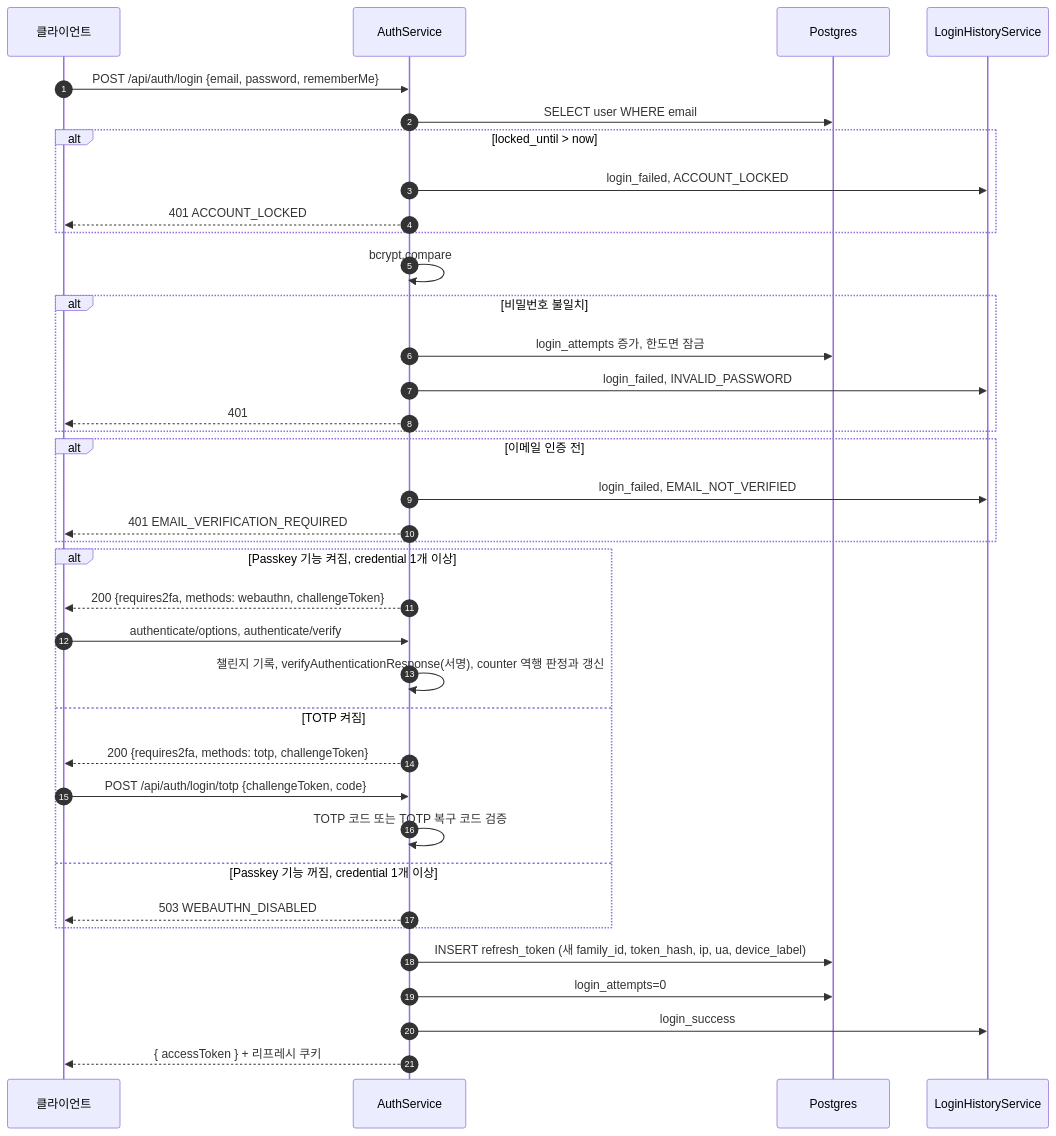
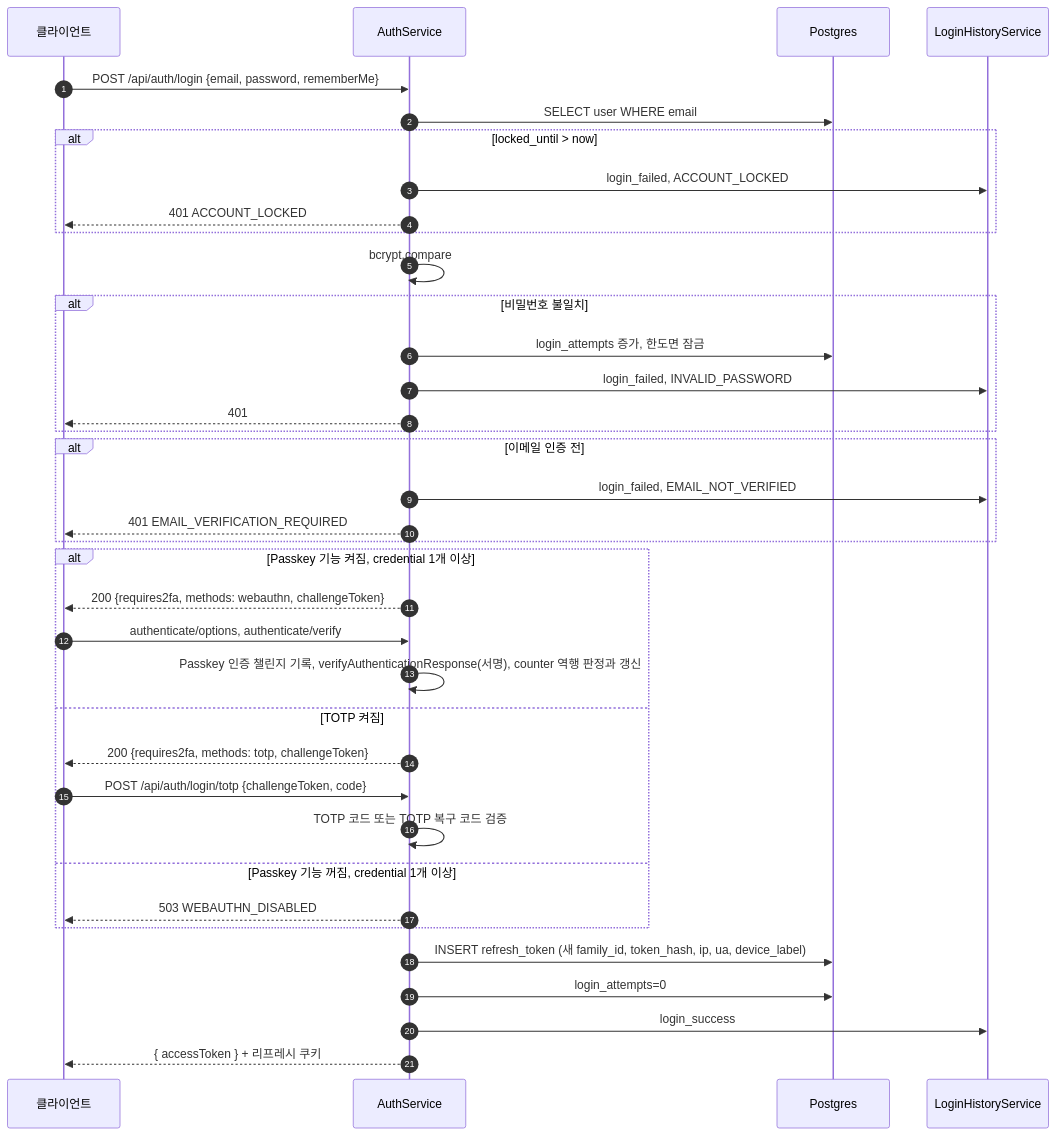
One commit to worker-ants/clemvion changed the third of 13 diagrams in spec/CLE-ACCT/CLE-ACCT-DATA.md. Above: the diagram before and after it, drawn with Mermaid. The commit also changed other lines of this file and 6 other files, not shown here.

First line of the commit message:
docs(spec): Passkey 인증 챌린지 기록 · 웹훅 AUTH_FAILED 재사용 서술을 정리한 승인본 미러를 받는다 (CLE-T-YKA9CJ) (#1601)

````diff
--- a/spec/CLE-ACCT/CLE-ACCT-DATA.md
+++ b/spec/CLE-ACCT/CLE-ACCT-DATA.md
@@ -248,39 +251,39 @@
 ```mermaid
 sequenceDiagram
   autonumber
   participant C as 클라이언트
   participant Svc as AuthService
   participant PG as Postgres
   participant Hist as LoginHistoryService
   C->>Svc: POST /api/auth/login {email, password, rememberMe}
   Svc->>PG: SELECT user WHERE email
   alt locked_until > now
     Svc->>Hist: login_failed, ACCOUNT_LOCKED
     Svc-->>C: 401 ACCOUNT_LOCKED
   end
   Svc->>Svc: bcrypt.compare
   alt 비밀번호 불일치
     Svc->>PG: login_attempts 증가, 한도면 잠금
     Svc->>Hist: login_failed, INVALID_PASSWORD
     Svc-->>C: 401
   end
   alt 이메일 인증 전
     Svc->>Hist: login_failed, EMAIL_NOT_VERIFIED
     Svc-->>C: 401 EMAIL_VERIFICATION_REQUIRED
   end
   alt Passkey 기능 켜짐, credential 1개 이상
     Svc-->>C: 200 {requires2fa, methods: webauthn, challengeToken}
     C->>Svc: authenticate/options, authenticate/verify
-    Svc->>Svc: 챌린지 기록, verifyAuthenticationResponse(서명), counter 역행 판정과 갱신
+    Svc->>Svc: Passkey 인증 챌린지 기록, verifyAuthenticationResponse(서명), counter 역행 판정과 갱신
   else TOTP 켜짐
     Svc-->>C: 200 {requires2fa, methods: totp, challengeToken}
     C->>Svc: POST /api/auth/login/totp {challengeToken, code}
     Svc->>Svc: TOTP 코드 또는 TOTP 복구 코드 검증
   else Passkey 기능 꺼짐, credential 1개 이상
     Svc-->>C: 503 WEBAUTHN_DISABLED
   end
   Svc->>PG: INSERT refresh_token (새 family_id, token_hash, ip, ua, device_label)
   Svc->>PG: login_attempts=0
   Svc->>Hist: login_success
   Svc-->>C: { accessToken } + 리프레시 쿠키
 ```
````
